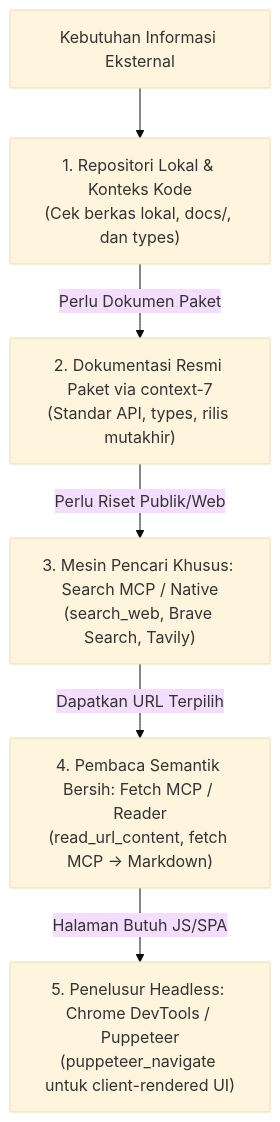
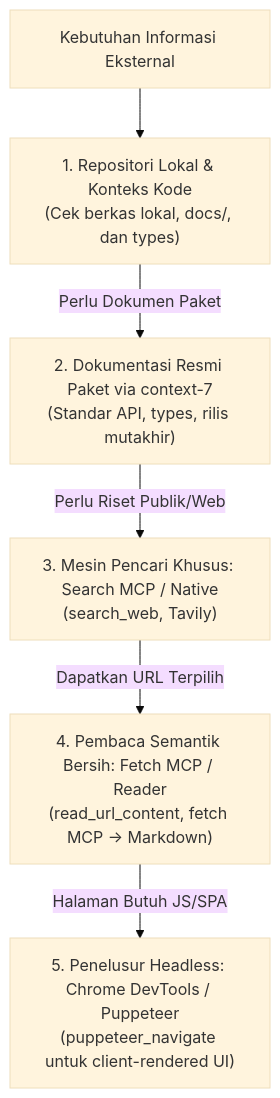
Before and after one commit to okyFaishal/pero-agent-skills: the diagram in skills/web-search/SKILL.md, drawn with Mermaid (base theme). The commit also changed other lines of this file and 5 other files, not shown here.

````diff
--- a/skills/web-search/SKILL.md
+++ b/skills/web-search/SKILL.md
@@ -106,8 +106,8 @@
 ```mermaid
 flowchart TD
     Q["Kebutuhan Informasi Eksternal"] --> T0["1. Repositori Lokal & Konteks Kode<br/>(Cek berkas lokal, docs/, dan types)"]
     T0 -->|Perlu Dokumen Paket| T1["2. Dokumentasi Resmi Paket via context-7<br/>(Standar API, types, rilis mutakhir)"]
-    T1 -->|Perlu Riset Publik/Web| T2["3. Mesin Pencari Khusus: Search MCP / Native<br/>(search_web, Brave Search, Tavily)"]
+    T1 -->|Perlu Riset Publik/Web| T2["3. Mesin Pencari Khusus: Search MCP / Native<br/>(search_web, Tavily)"]
     T2 -->|Dapatkan URL Terpilih| T3["4. Pembaca Semantik Bersih: Fetch MCP / Reader<br/>(read_url_content, fetch MCP -> Markdown)"]
     T3 -->|Halaman Butuh JS/SPA| T4["5. Penelusur Headless: Chrome DevTools / Puppeteer<br/>(puppeteer_navigate untuk client-rendered UI)"]
 ```
````
